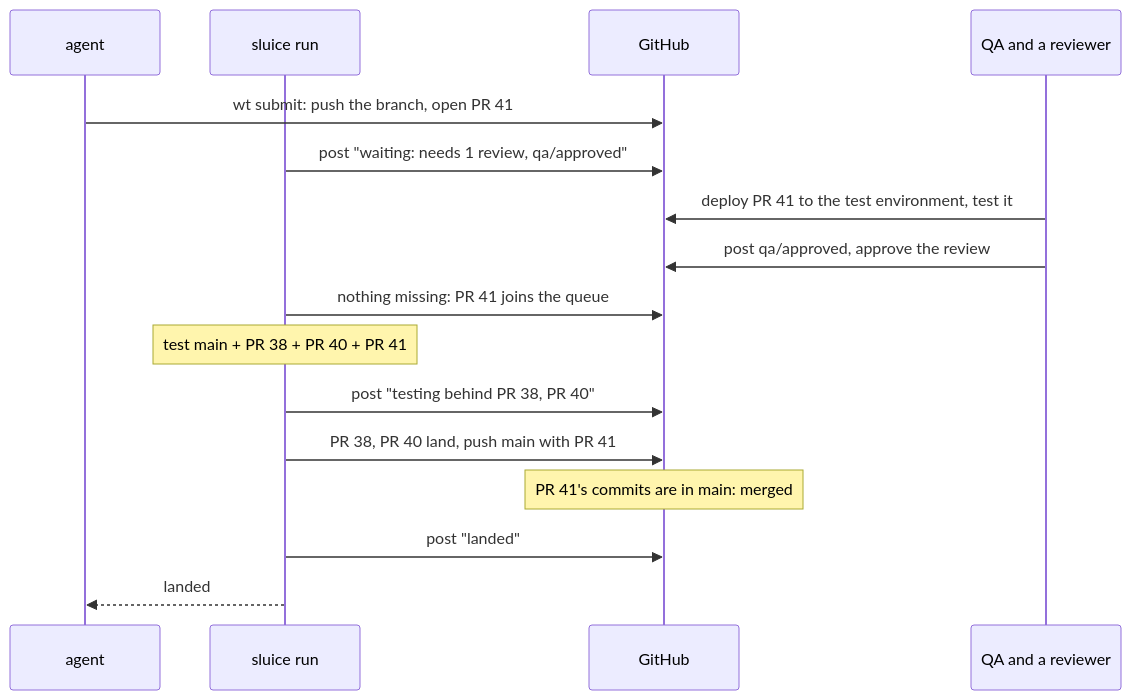
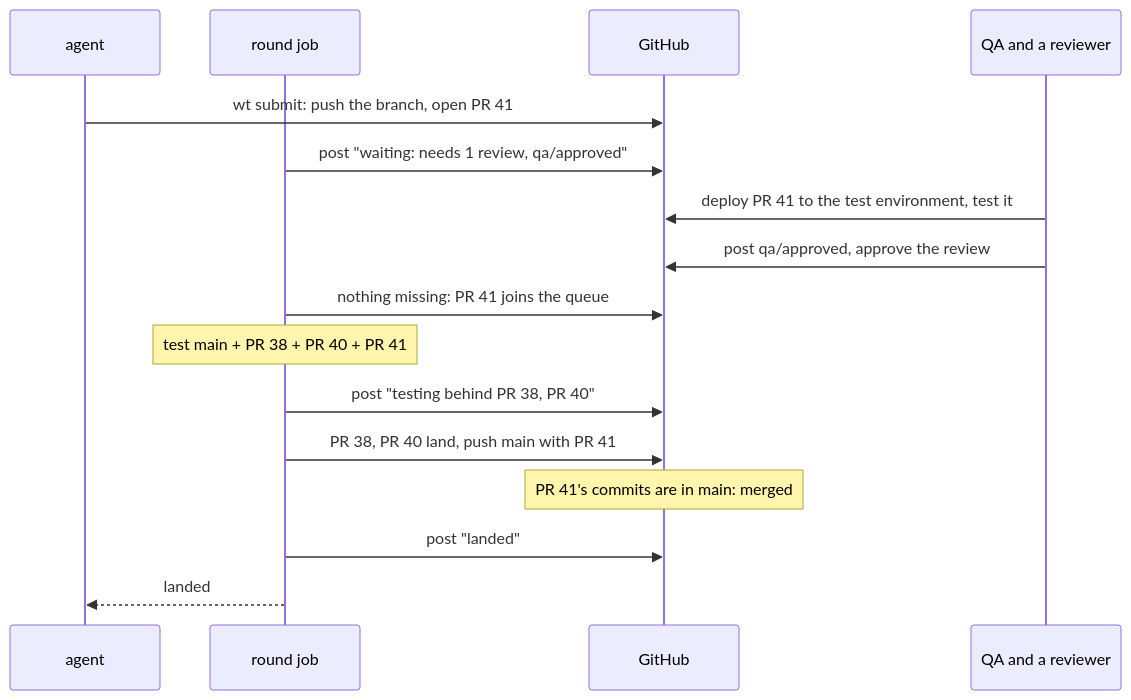
One commit to agentplot/sluice changed the second of 2 diagrams in site/src/content/docs/guides/pull-requests.md. Above: the diagram before and after it, drawn with Mermaid. The commit also changed other lines of this file and 10 other files, not shown here.

First line of the commit message:
docs(site): the forge's round job takes a branch's pull requests in, and the skills set it up

````diff
--- a/site/src/content/docs/guides/pull-requests.md
+++ b/site/src/content/docs/guides/pull-requests.md
@@ -448,18 +427,18 @@
 ```mermaid
 sequenceDiagram
     participant A as agent
-    participant S as sluice run
+    participant S as round job
     participant G as GitHub
     participant Q as QA and a reviewer
     A->>G: wt submit: push the branch, open PR 41
     S->>G: post "waiting: needs 1 review, qa/approved"
     Q->>G: deploy PR 41 to the test environment, test it
     Q->>G: post qa/approved, approve the review
     S->>G: nothing missing: PR 41 joins the queue
     Note over S: test main + PR 38 + PR 40 + PR 41
     S->>G: post "testing behind PR 38, PR 40"
     S->>G: PR 38, PR 40 land, push main with PR 41
     Note over G: PR 41's commits are in main: merged
     S->>G: post "landed"
     S-->>A: landed
 ```
````
